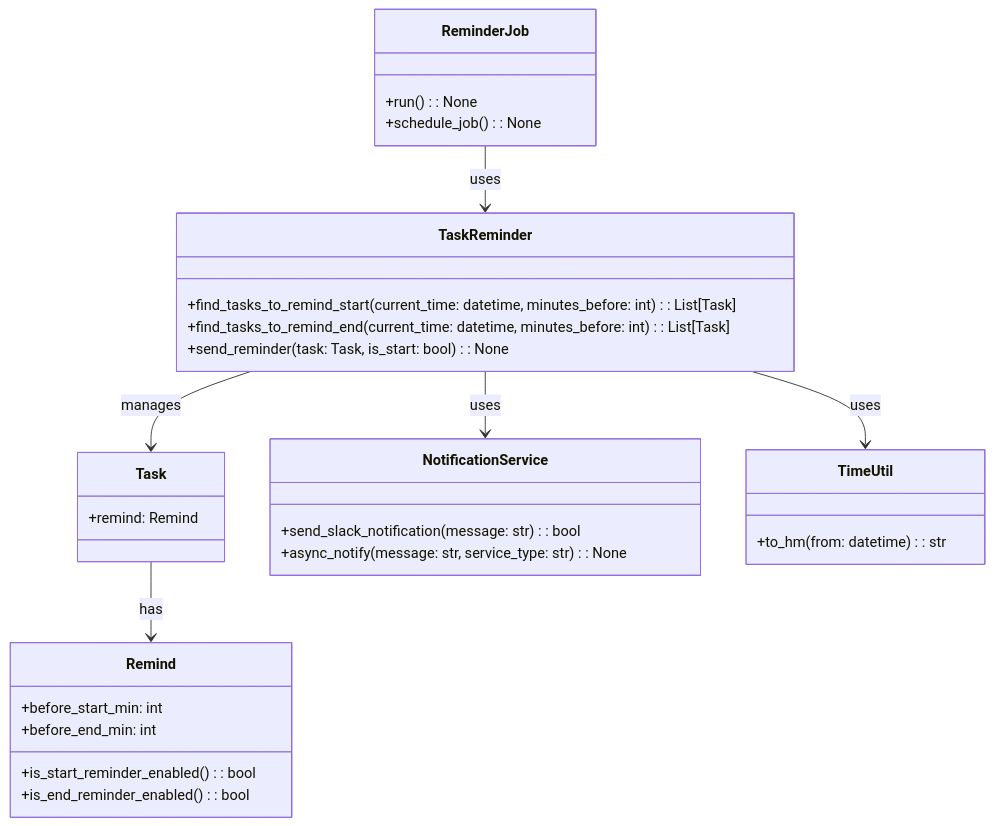
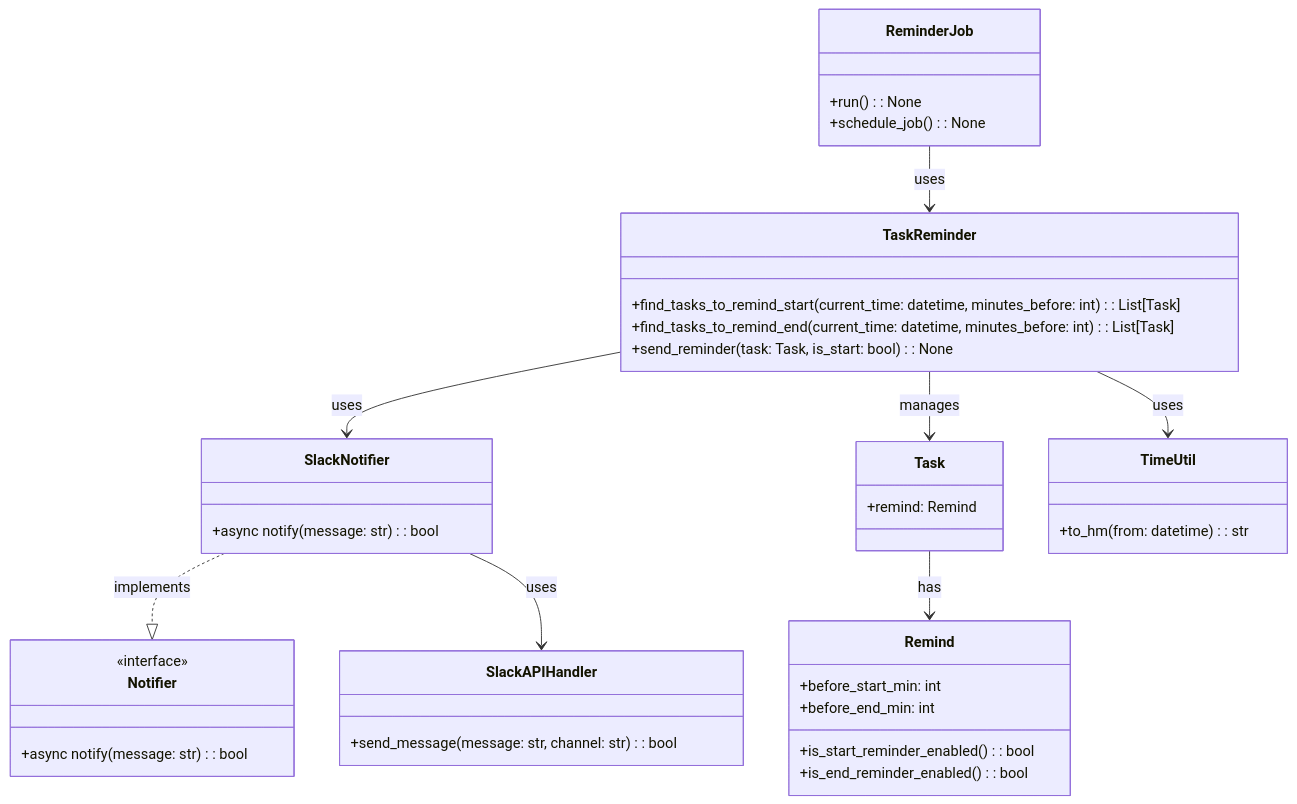
Before and after one commit to shuhei1101/notion-taskr: the second of 2 diagrams in docs/issues/issue-762/762-requirement.md, drawn with Mermaid.

Commit message:
8.2. クラス図更新

````diff
--- a/docs/issues/issue-762/762-requirement.md
+++ b/docs/issues/issue-762/762-requirement.md
@@ -207,39 +207,49 @@
 ```mermaid
 classDiagram
     class Remind {
         +before_start_min: int
         +before_end_min: int
         +is_start_reminder_enabled(): bool
         +is_end_reminder_enabled(): bool
     }
     
     class Task {
         +remind: Remind
     }
     
     class TaskReminder {
         +find_tasks_to_remind_start(current_time: datetime, minutes_before: int): List[Task]
         +find_tasks_to_remind_end(current_time: datetime, minutes_before: int): List[Task]
         +send_reminder(task: Task, is_start: bool): None
     }
     
-    class NotificationService {
-        +send_slack_notification(message: str): bool
-        +async_notify(message: str, service_type: str): None
+    class Notifier {
+        <<interface>>
+        +async notify(message: str): bool
+    }
+    
+    class SlackNotifier {
+        +async notify(message: str): bool
+    }
+    
+    class SlackAPIHandler {
+        +send_message(message: str, channel: str): bool
     }
     
     class ReminderJob {
         +run(): None
         +schedule_job(): None
     }
     
     class TimeUtil {
         +to_hm(from: datetime): str
     }
     
     Task --> Remind: has
     ReminderJob --> TaskReminder: uses
-    TaskReminder --> NotificationService: uses
+    TaskReminder --> SlackNotifier: uses
+    SlackNotifier ..|> Notifier: implements
+    SlackNotifier --> SlackAPIHandler: uses
     TaskReminder --> Task: manages
     TaskReminder --> TimeUtil: uses
 ```
````
